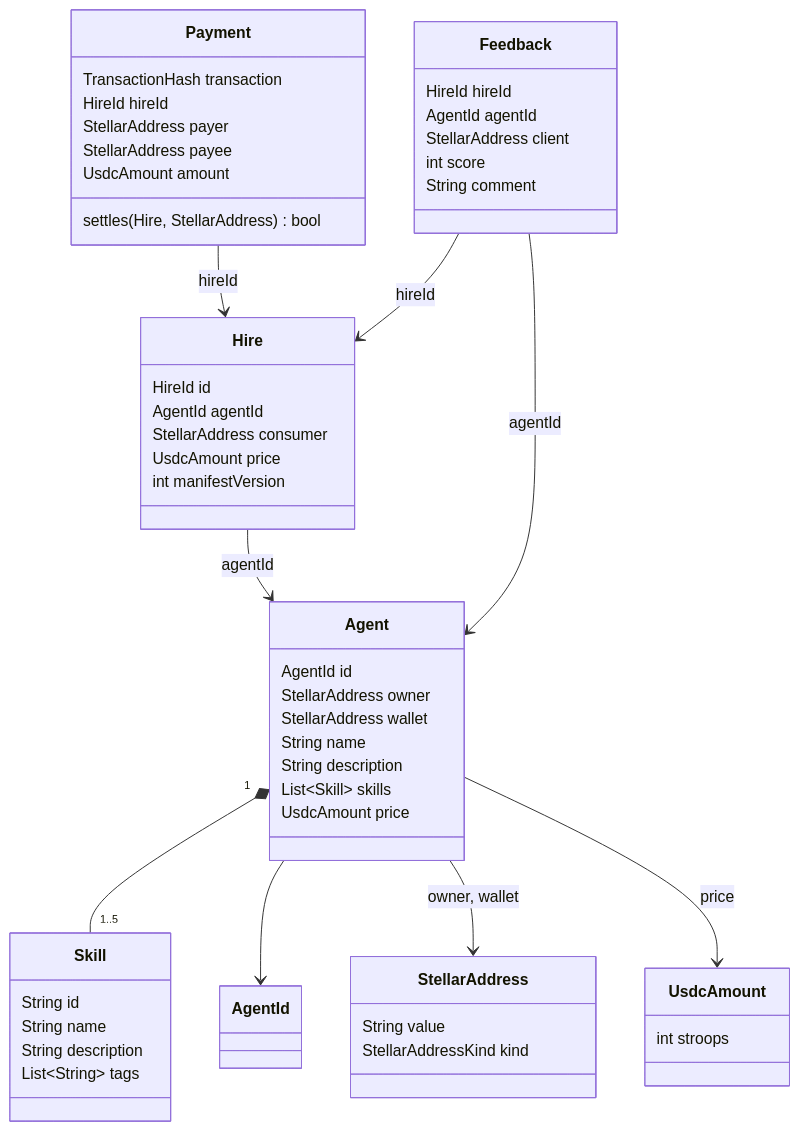
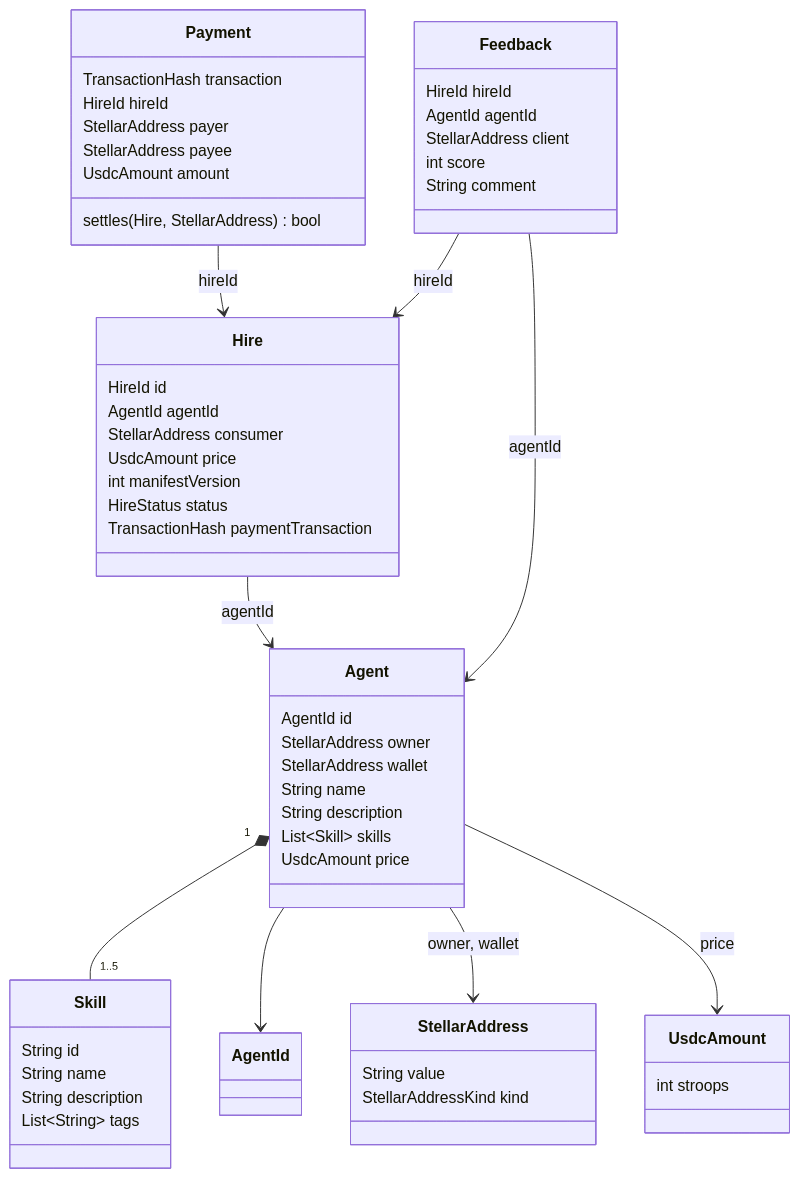
Before and after one commit to Zer0-Knowledge-Hack/puls3: the diagram in docs/domain/model.md, drawn with Mermaid. The commit also changed other lines of this file and 6 other files, not shown here.

````diff
--- a/docs/domain/model.md
+++ b/docs/domain/model.md
@@ -23,55 +23,57 @@
 ```mermaid
 classDiagram
   class Agent {
     AgentId id
     StellarAddress owner
     StellarAddress wallet
     String name
     String description
     List~Skill~ skills
     UsdcAmount price
   }
   class Skill {
     String id
     String name
     String description
     List~String~ tags
   }
   class Hire {
     HireId id
     AgentId agentId
     StellarAddress consumer
     UsdcAmount price
     int manifestVersion
+    HireStatus status
+    TransactionHash paymentTransaction
   }
   class Payment {
     TransactionHash transaction
     HireId hireId
     StellarAddress payer
     StellarAddress payee
     UsdcAmount amount
     settles(Hire, StellarAddress) bool
   }
   class Feedback {
     HireId hireId
     AgentId agentId
     StellarAddress client
     int score
     String comment
   }
   class StellarAddress {
     String value
     StellarAddressKind kind
   }
   class UsdcAmount {
     int stroops
   }
   Agent "1" *-- "1..5" Skill
   Agent --> AgentId
   Agent --> StellarAddress : owner, wallet
   Agent --> UsdcAmount : price
   Hire --> Agent : agentId
   Payment --> Hire : hireId
   Feedback --> Hire : hireId
   Feedback --> Agent : agentId
 ```
````
